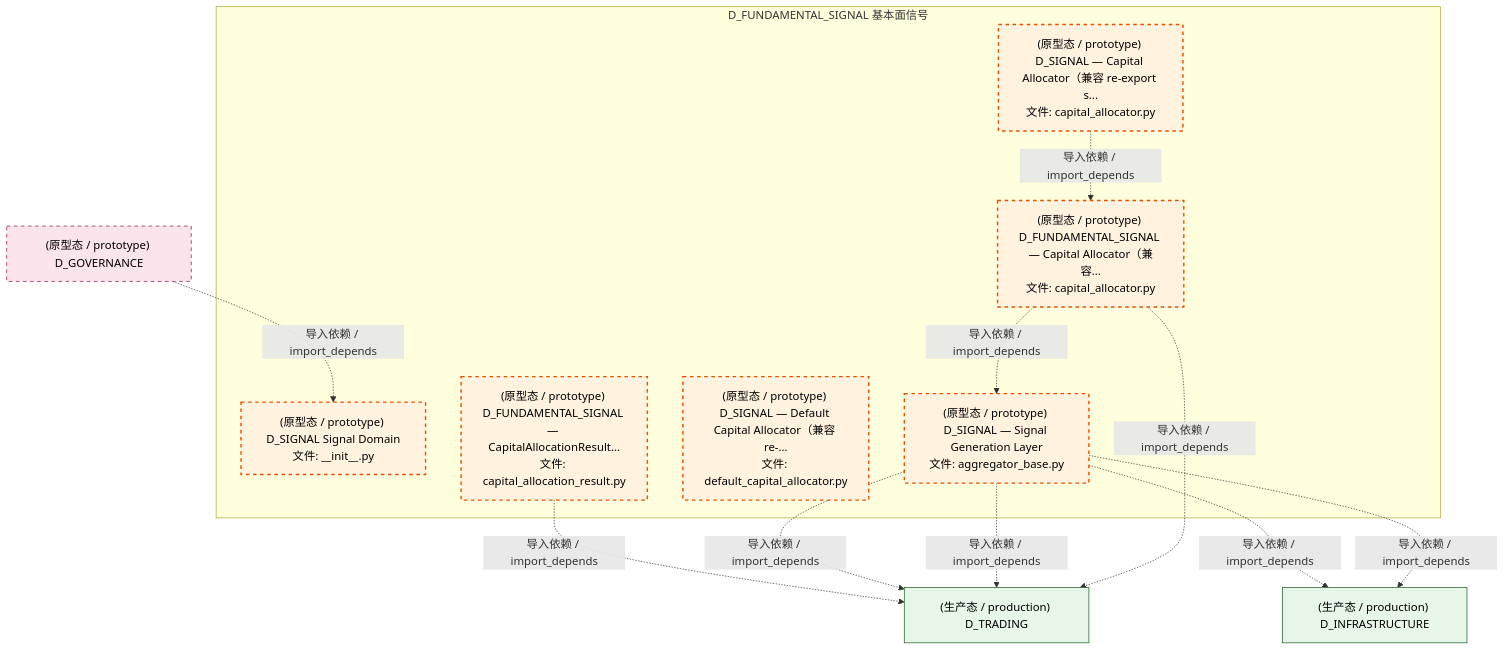
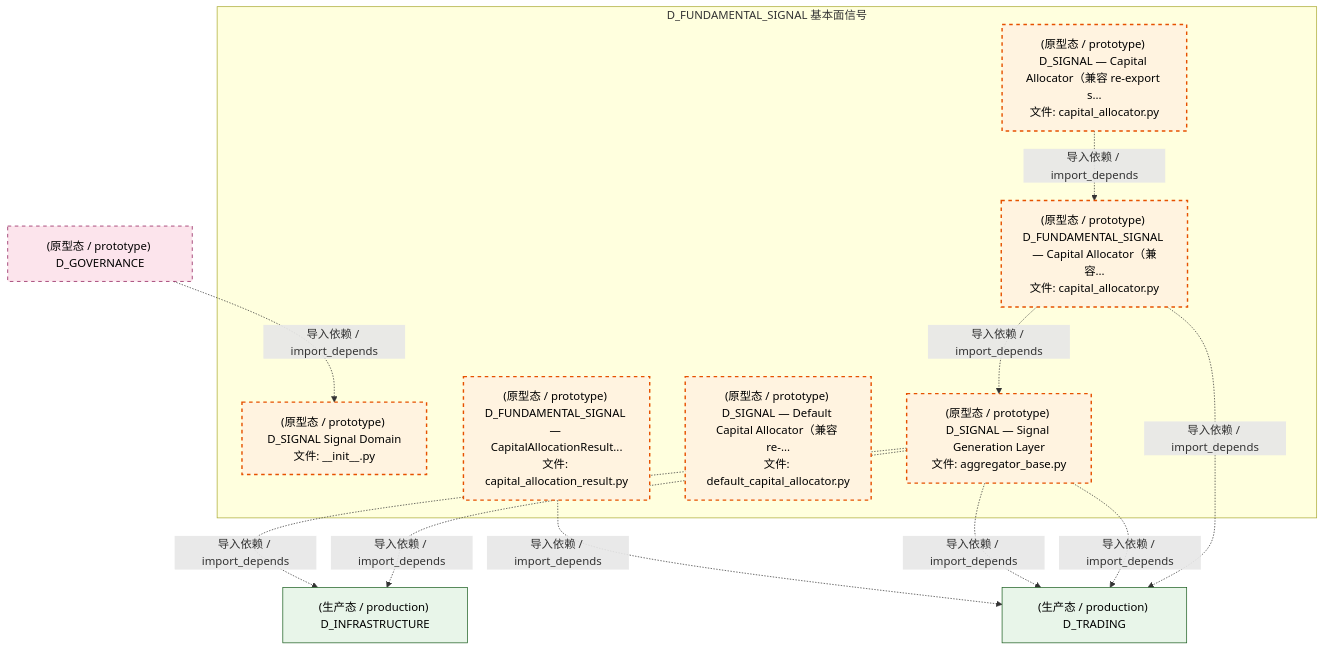
One commit to xuanFelixVan/ZephyrAlpha changed the third of 4 diagrams in docs/02_enterprise_architecture/02_domain_architecture_docs/37_d_fundamental_signal.md. Above: the diagram before and after it, drawn with Mermaid. The commit also changed other lines of this file and 86 other files, not shown here.

````diff
--- a/docs/02_enterprise_architecture/02_domain_architecture_docs/37_d_fundamental_signal.md
+++ b/docs/02_enterprise_architecture/02_domain_architecture_docs/37_d_fundamental_signal.md
@@ -171,30 +171,30 @@
 ```mermaid
 graph TD
     subgraph D_FUNDAMENTAL_SIGNAL["D_FUNDAMENTAL_SIGNAL 基本面信号"]
         src_zephyr_signal_fundamental_init_py["(原型态 / prototype) D_SIGNAL Signal Domain<br/>文件: __init__.py"]
         src_zephyr_signal_fundamental_capital_capital_allocation_result_py["(原型态 / prototype) D_FUNDAMENTAL_SIGNAL — CapitalAllocationResult...<br/>文件: capital_allocation_result.py"]
         src_zephyr_signal_fundamental_capital_capital_allocator_py["(原型态 / prototype) D_SIGNAL — Capital Allocator（兼容 re-export s...<br/>文件: capital_allocator.py"]
         src_zephyr_signal_fundamental_capital_default_capital_allocator_py["(原型态 / prototype) D_SIGNAL — Default Capital Allocator（兼容 re-...<br/>文件: default_capital_allocator.py"]
         src_zephyr_signal_fundamental_gen_aggregator_base_py["(原型态 / prototype) D_SIGNAL — Signal Generation Layer<br/>文件: aggregator_base.py"]
         src_zephyr_signal_fundamental_strategy_capital_allocator_py["(原型态 / prototype) D_FUNDAMENTAL_SIGNAL — Capital Allocator（兼容...<br/>文件: capital_allocator.py"]
     end
     src_zephyr_signal_fundamental_capital_capital_allocator_py -.->|导入依赖 / import_depends| src_zephyr_signal_fundamental_strategy_capital_allocator_py
     src_zephyr_signal_fundamental_strategy_capital_allocator_py -.->|导入依赖 / import_depends| src_zephyr_signal_fundamental_gen_aggregator_base_py
     D_TRADING["(生产态 / production) D_TRADING"]
     src_zephyr_signal_fundamental_capital_capital_allocation_result_py -.->|导入依赖 / import_depends| D_TRADING
+    D_INFRASTRUCTURE["(生产态 / production) D_INFRASTRUCTURE"]
+    src_zephyr_signal_fundamental_gen_aggregator_base_py -.->|导入依赖 / import_depends| D_INFRASTRUCTURE
     src_zephyr_signal_fundamental_gen_aggregator_base_py -.->|导入依赖 / import_depends| D_TRADING
     src_zephyr_signal_fundamental_gen_aggregator_base_py -.->|导入依赖 / import_depends| D_TRADING
-    D_INFRASTRUCTURE["(生产态 / production) D_INFRASTRUCTURE"]
-    src_zephyr_signal_fundamental_gen_aggregator_base_py -.->|导入依赖 / import_depends| D_INFRASTRUCTURE
     src_zephyr_signal_fundamental_gen_aggregator_base_py -.->|导入依赖 / import_depends| D_INFRASTRUCTURE
     src_zephyr_signal_fundamental_strategy_capital_allocator_py -.->|导入依赖 / import_depends| D_TRADING
     D_GOVERNANCE["(原型态 / prototype) D_GOVERNANCE"]
     D_GOVERNANCE -.->|导入依赖 / import_depends| src_zephyr_signal_fundamental_init_py
     classDef production fill:#e1f5fe,stroke:#01579b,stroke-width:2px,color:#000
     classDef design fill:#fff3e0,stroke:#e65100,stroke-width:2px,color:#000,stroke-dasharray: 5 5
     classDef external_prod fill:#e8f5e9,stroke:#1b5e20,stroke-width:1px,color:#000
     classDef external_design fill:#fce4ec,stroke:#880e4f,stroke-width:1px,color:#000,stroke-dasharray: 5 5
     class src_zephyr_signal_fundamental_init_py,src_zephyr_signal_fundamental_capital_capital_allocation_result_py,src_zephyr_signal_fundamental_capital_capital_allocator_py,src_zephyr_signal_fundamental_capital_default_capital_allocator_py,src_zephyr_signal_fundamental_gen_aggregator_base_py,src_zephyr_signal_fundamental_strategy_capital_allocator_py design
     class D_TRADING,D_INFRASTRUCTURE external_prod
     class D_GOVERNANCE external_design
 ```
````
